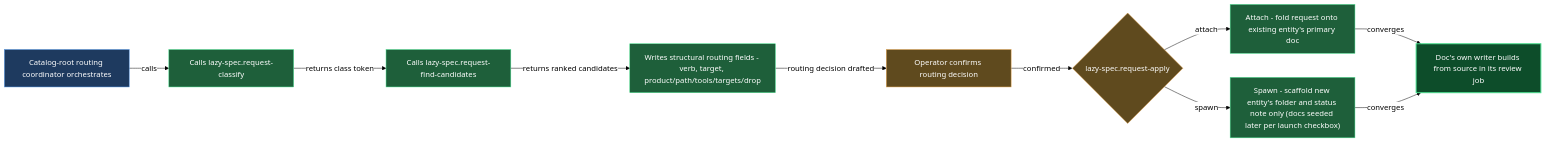
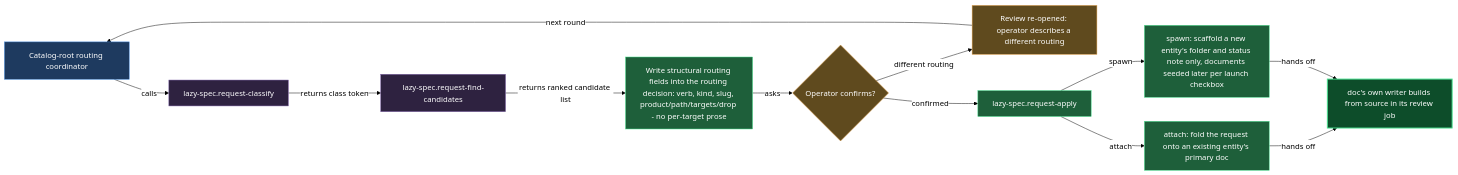
One commit to mebius-san/lazy-cortex changed the diagram in plugins/claude/lazycortex-specs/help/requests.md. Above: the diagram before and after it, drawn with Mermaid. The commit also changed other lines of this file and 268 other files, not shown here.

````diff
--- a/plugins/claude/lazycortex-specs/help/requests.md
+++ b/plugins/claude/lazycortex-specs/help/requests.md
@@ -84,38 +86,43 @@
 ```mermaid
 %%{init: {'themeVariables':{'background':'transparent','lineColor':'#000','textColor':'#000','edgeLabelBackground':'#fff'},'themeCSS':'.edgeLabel{background-color:transparent!important}.edgeLabel p{background-color:transparent!important}','flowchart':{'diagramPadding':5,'useMaxWidth':true}}}%%
 flowchart LR
-  routingCoordinatorOrchestrates["Catalog-root routing coordinator orchestrates"]
-  callRequestClassify["Calls lazy-spec.request-classify"]
-  callFindCandidates["Calls lazy-spec.request-find-candidates"]
-  writeRoutingFields["Writes structural routing fields - verb, target, product/path/tools/targets/drop"]
-  operatorConfirmsRouting["Operator confirms routing decision"]
-  requestApply{"lazy-spec.request-apply"}
-  attachEntity["Attach - fold request onto existing entity's primary doc"]
-  spawnEntity["Spawn - scaffold new entity's folder and status note only (docs seeded later per launch checkbox)"]
-  reviewJobBuildsDoc["Doc's own writer builds from source in its review job"]
+  catalogRootCoordinator["Catalog-root routing coordinator"]
+  requestClassify["lazy-spec.request-classify"]
+  requestFindCandidates["lazy-spec.request-find-candidates"]
+  writeRoutingDecision["Write structural routing fields into the routing decision: verb, kind, slug, product/path/targets/drop - no per-target prose"]
+  operatorConfirm{"Operator confirms?"}
+  reopenReview["Review re-opened: operator describes a different routing"]
+  requestApply["lazy-spec.request-apply"]
+  attachPath["attach: fold the request onto an existing entity's primary doc"]
+  spawnPath["spawn: scaffold a new entity's folder and status note only, documents seeded later per launch checkbox"]
+  docWriterBuilds["doc's own writer builds from source in its review job"]
 
-  routingCoordinatorOrchestrates -->|calls| callRequestClassify
-  callRequestClassify -->|returns class token| callFindCandidates
-  callFindCandidates -->|returns ranked candidates| writeRoutingFields
-  writeRoutingFields -->|routing decision drafted| operatorConfirmsRouting
-  operatorConfirmsRouting -->|confirmed| requestApply
-  requestApply -->|attach| attachEntity
-  requestApply -->|spawn| spawnEntity
-  attachEntity -->|converges| reviewJobBuildsDoc
-  spawnEntity -->|converges| reviewJobBuildsDoc
+  catalogRootCoordinator -->|calls| requestClassify
+  requestClassify -->|returns class token| requestFindCandidates
+  requestFindCandidates -->|returns ranked candidate list| writeRoutingDecision
+  writeRoutingDecision -->|asks| operatorConfirm
+  operatorConfirm -->|different routing| reopenReview
+  reopenReview -->|next round| catalogRootCoordinator
+  operatorConfirm -->|confirmed| requestApply
+  requestApply -->|attach| attachPath
+  requestApply -->|spawn| spawnPath
+  attachPath -->|hands off| docWriterBuilds
+  spawnPath -->|hands off| docWriterBuilds
 
   classDef entry fill:#1e3a5f,stroke:#4a90e2,color:#fff
+  classDef sub fill:#2e2240,stroke:#7e63a8,color:#fff
   classDef guard fill:#5f4a1e,stroke:#e2a14a,color:#fff
   classDef action fill:#1e5f3a,stroke:#4ae290,color:#fff
   classDef success fill:#0d4d2a,stroke:#4ae290,color:#fff,stroke-width:2px
-
-  class routingCoordinatorOrchestrates entry
-  class callRequestClassify action
-  class callFindCandidates action
-  class writeRoutingFields action
-  class operatorConfirmsRouting guard
-  class requestApply guard
-  class attachEntity action
-  class spawnEntity action
-  class reviewJobBuildsDoc success
+  classDef error fill:#5f1e1e,stroke:#e24a4a,color:#fff,stroke-width:2px
+  class catalogRootCoordinator entry
+  class requestClassify sub
+  class requestFindCandidates sub
+  class writeRoutingDecision action
+  class operatorConfirm guard
+  class reopenReview guard
+  class requestApply action
+  class attachPath action
+  class spawnPath action
+  class docWriterBuilds success
 ```
````
